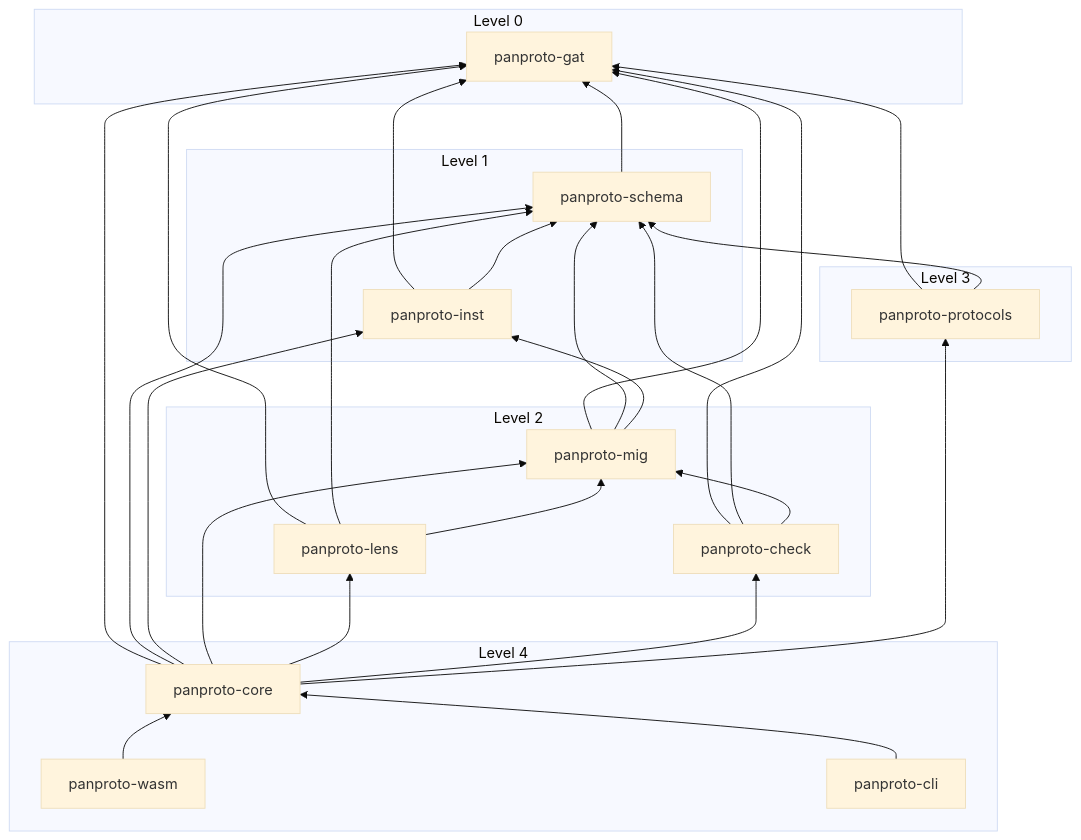
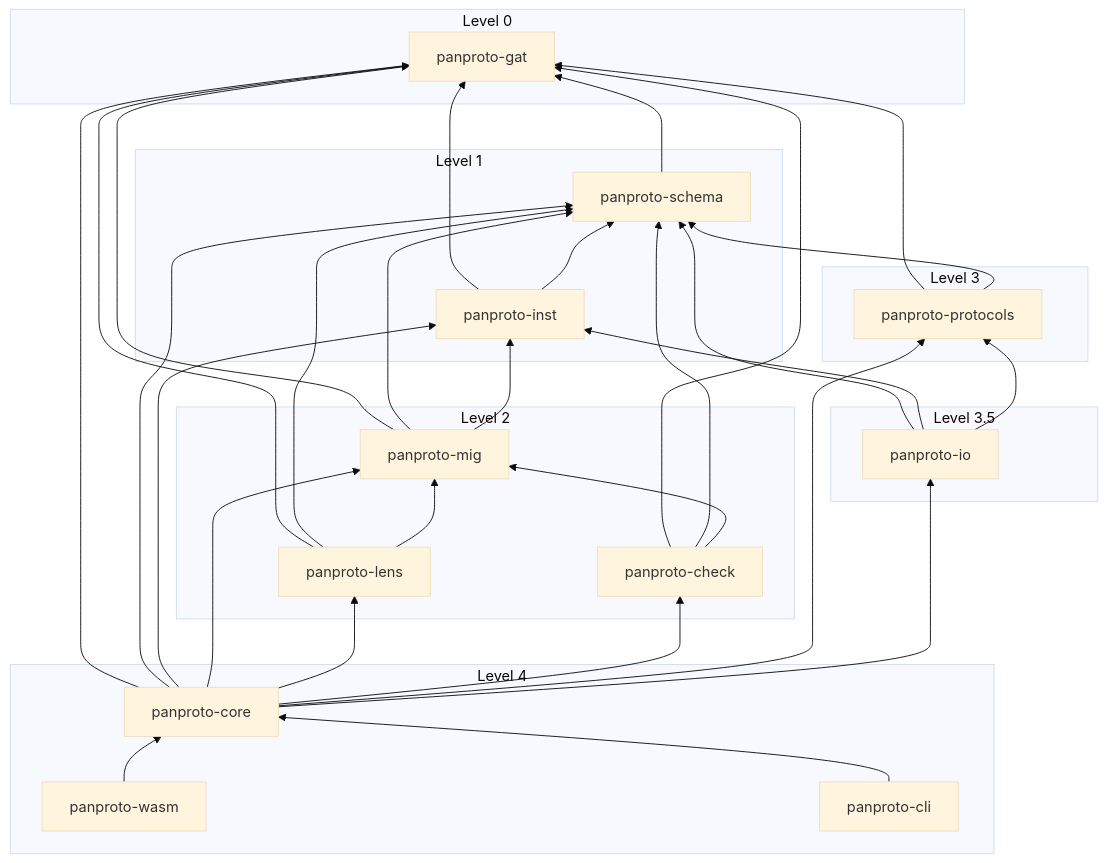
Before and after one commit to panproto/panproto: the first of 2 diagrams in dev-guide/chapters/05-architecture-overview.qmd, drawn with Mermaid (base theme). The commit also changed other lines of this file and 33 other files, not shown here.

````diff
--- a/dev-guide/chapters/05-architecture-overview.qmd
+++ b/dev-guide/chapters/05-architecture-overview.qmd
@@ -40,49 +43,56 @@
 ```{mermaid}
 %%| label: fig-crate-dag
 %%| fig-cap: "Crate dependency graph. Arrows point from dependant to dependency."
 graph BT
     subgraph Level 0
         gat["panproto-gat"]
     end
     subgraph Level 1
         schema["panproto-schema"]
         inst["panproto-inst"]
     end
     subgraph Level 2
         mig["panproto-mig"]
         lens["panproto-lens"]
         check["panproto-check"]
     end
     subgraph Level 3
         protocols["panproto-protocols"]
+    end
+    subgraph "Level 3.5"
+        io["panproto-io"]
     end
     subgraph Level 4
         core["panproto-core"]
         wasm["panproto-wasm"]
         cli["panproto-cli"]
     end
 
     schema --> gat
     inst --> gat
     inst --> schema
     mig --> gat
     mig --> schema
     mig --> inst
     lens --> gat
     lens --> schema
     lens --> mig
     check --> gat
     check --> schema
     check --> mig
     protocols --> gat
     protocols --> schema
+    io --> schema
+    io --> inst
+    io --> protocols
     core --> gat
     core --> schema
     core --> inst
     core --> mig
     core --> lens
     core --> check
     core --> protocols
+    core --> io
     wasm --> core
     cli --> core
 ```
````
